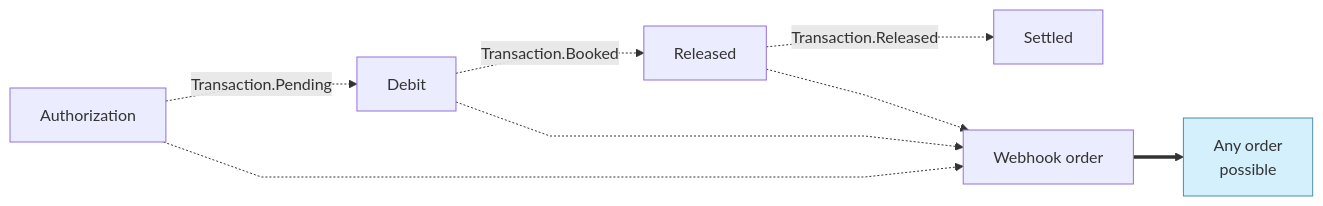
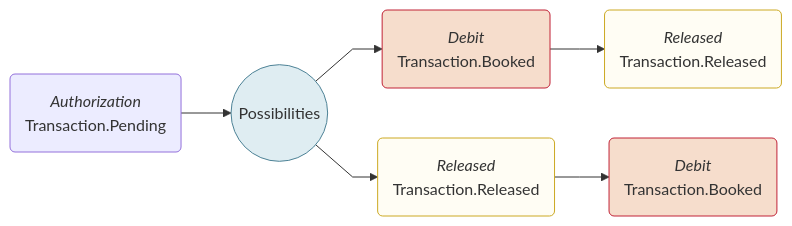
One commit to swan-io/docs changed the second of 2 diagrams in docs/developers/using-api/webhooks.mdx. Above: the diagram before and after it, drawn with Mermaid. The commit also changed other lines of this file, not shown here.

Commit message:
Fixed diagram + tables

````diff
--- a/docs/developers/using-api/webhooks.mdx
+++ b/docs/developers/using-api/webhooks.mdx
@@ -295,12 +295,12 @@
 ```mermaid
 %%{ init: { 'flowchart': { 'curve': 'linear' } } }%%
 flowchart LR
-    A[Authorization] -.->|Transaction.Pending| B[Debit]
-    B -.->|Transaction.Booked| C[Released]
-    C -.->|Transaction.Released| D[Settled]
-    A -.-> E[Webhook order]
-    B -.-> E
-    C -.-> E
-    E ==> F[Any order<br/>possible]
-    style F fill:#D4F0FC, stroke:#4C8EA9
+    A(<i>Authorization</i><br/>Transaction.Pending) --> P((Possibilities))
+    P --> B(<i>Debit</i><br/>Transaction.Booked) --> D(<i>Released</i><br/>Transaction.Released)
+    P --> C(<i>Released</i><br/>Transaction.Released) --> E(<i>Debit</i><br/>Transaction.Booked)
+    style P fill:#dfedf2,stroke:#4d8296
+    style C fill:#fffdf4,stroke:#cca922
+    style D fill:#fffdf4,stroke:#cca922
+    style B fill:#f6ddcc,stroke:#c12236
+    style E fill:#f6ddcc,stroke:#c12236
 ```
````
